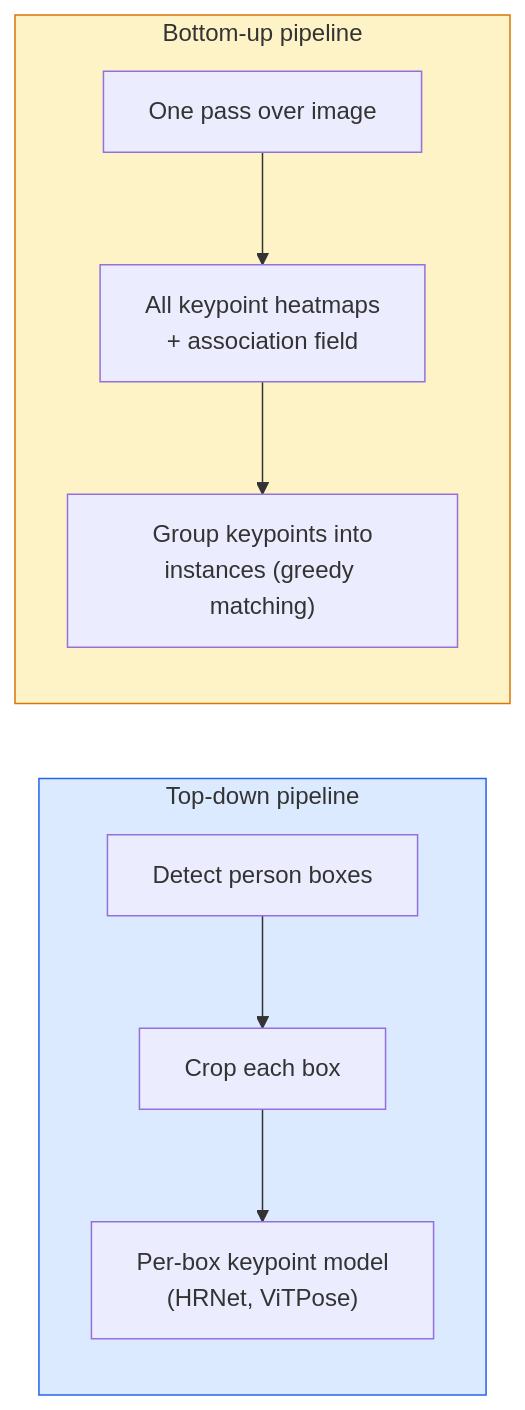
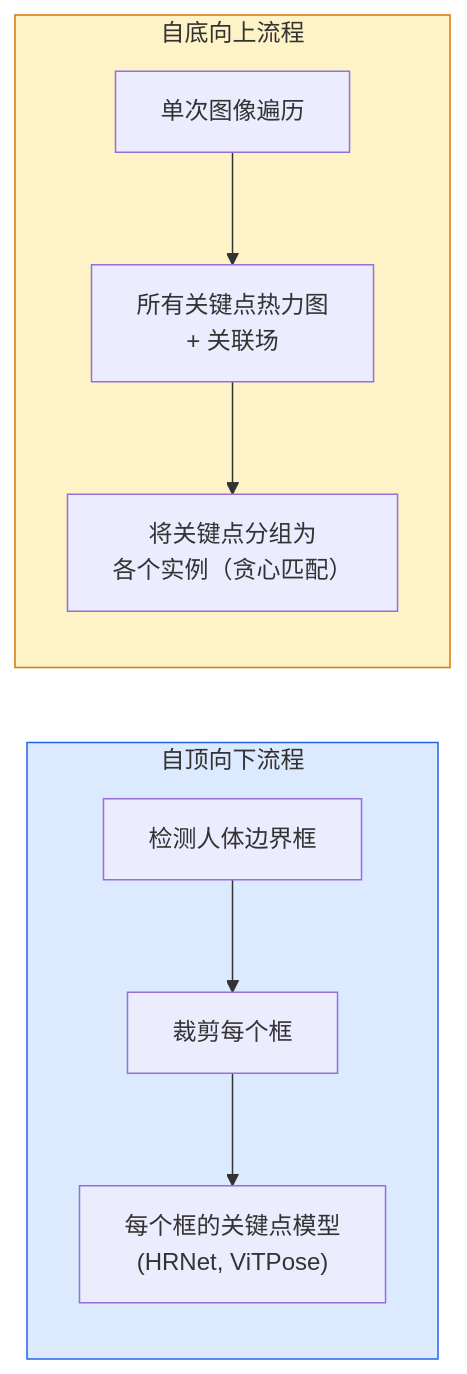
Before and after one commit to guangningsun/ailearning: the diagram in lessons/04-computer-vision/21-keypoint-pose/docs/zh.md, drawn with Mermaid. The commit also changed other lines of this file and 29 other files, not shown here.

````diff
--- a/lessons/04-computer-vision/21-keypoint-pose/docs/zh.md
+++ b/lessons/04-computer-vision/21-keypoint-pose/docs/zh.md
@@ -29,14 +29,14 @@
 ```mermaid
 flowchart LR
-    subgraph TD["Top-down pipeline"]
-        A1["Detect person boxes"] --> A2["Crop each box"]
-        A2 --> A3["Per-box keypoint model<br/>(HRNet, ViTPose)"]
+    subgraph TD["自顶向下流程"]
+        A1["检测人体边界框"] --> A2["裁剪每个框"]
+        A2 --> A3["每个框的关键点模型<br/>(HRNet, ViTPose)"]
     end
-    subgraph BU["Bottom-up pipeline"]
-        B1["One pass over image"] --> B2["All keypoint heatmaps<br/>+ association field"]
-        B2 --> B3["Group keypoints into<br/>instances (greedy matching)"]
+    subgraph BU["自底向上流程"]
+        B1["单次图像遍历"] --> B2["所有关键点热力图<br/>+ 关联场"]
+        B2 --> B3["将关键点分组为<br/>各个实例（贪心匹配）"]
     end
 
     style TD fill:#dbeafe,stroke:#2563eb
     style BU fill:#fef3c7,stroke:#d97706
 ```
````
